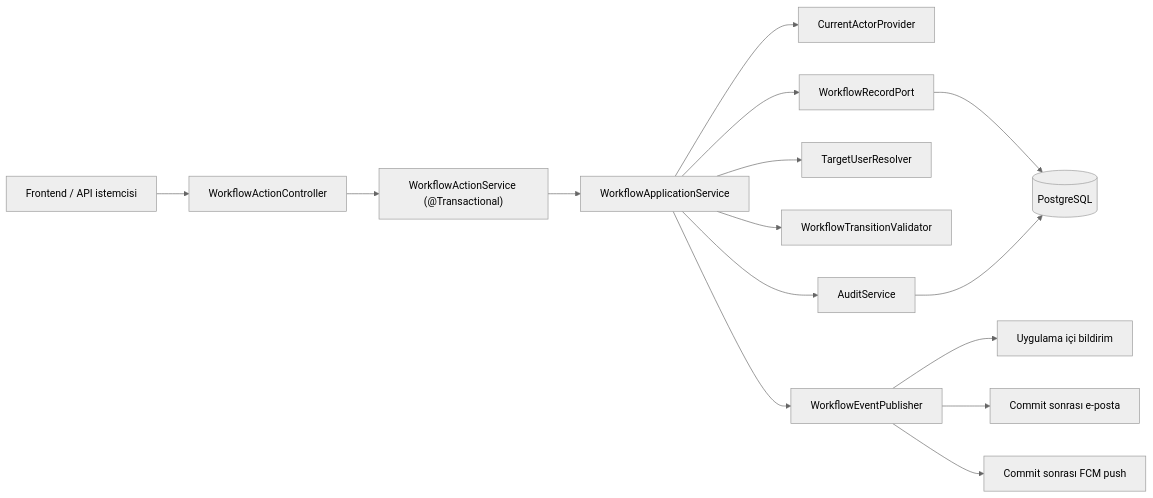
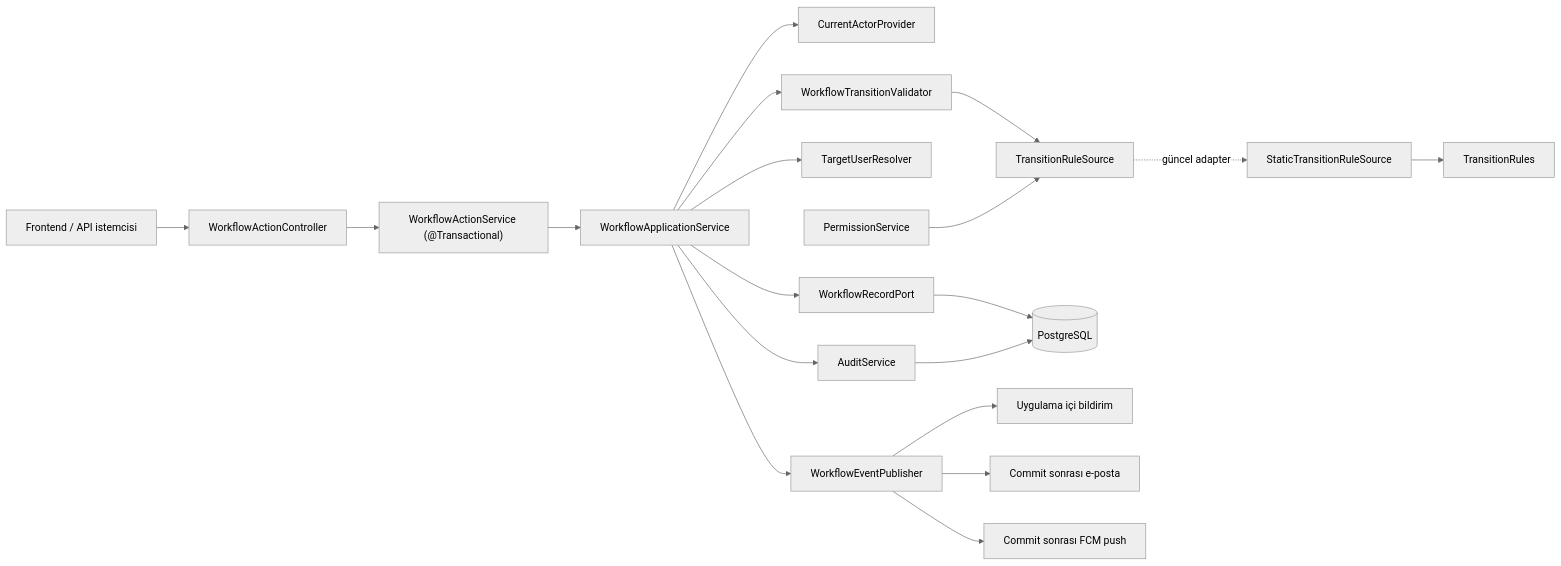
One commit to btkstajyer26/WorkFlowProject changed the first of 3 diagrams in docs/workflow.md. Above: the diagram before and after it, drawn with Mermaid (neutral theme). The commit also changed other lines of this file and 53 other files, not shown here.

````diff
--- a/docs/workflow.md
+++ b/docs/workflow.md
@@ -52,17 +52,21 @@
 ```mermaid
 flowchart LR
     CLIENT["Frontend / API istemcisi"] --> CONTROLLER["WorkflowActionController"]
     CONTROLLER --> TX["WorkflowActionService (@Transactional)"]
     TX --> APP["WorkflowApplicationService"]
     APP --> ACTOR["CurrentActorProvider"]
     APP --> RECORD["WorkflowRecordPort"]
     APP --> TARGET["TargetUserResolver"]
     APP --> VALIDATOR["WorkflowTransitionValidator"]
+    VALIDATOR --> SOURCE["TransitionRuleSource"]
+    PERMISSION["PermissionService"] --> SOURCE
+    SOURCE -. "güncel adapter" .-> STATIC["StaticTransitionRuleSource"]
+    STATIC --> RULES["TransitionRules"]
     APP --> AUDIT["AuditService"]
     APP --> EVENT["WorkflowEventPublisher"]
     RECORD --> DB[(PostgreSQL)]
     AUDIT --> DB
     EVENT --> INAPP["Uygulama içi bildirim"]
     EVENT --> MAIL["Commit sonrası e-posta"]
     EVENT --> PUSH["Commit sonrası FCM push"]
 ```
````
